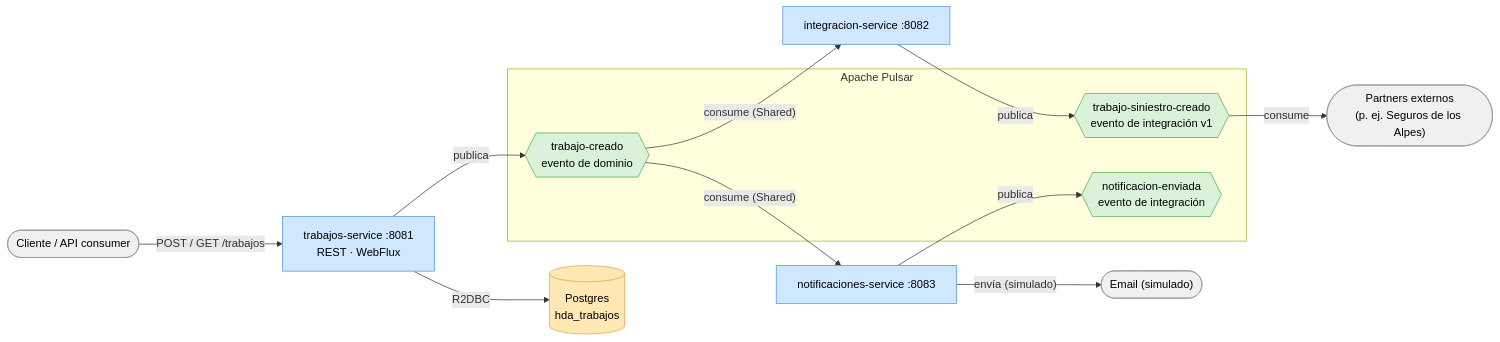
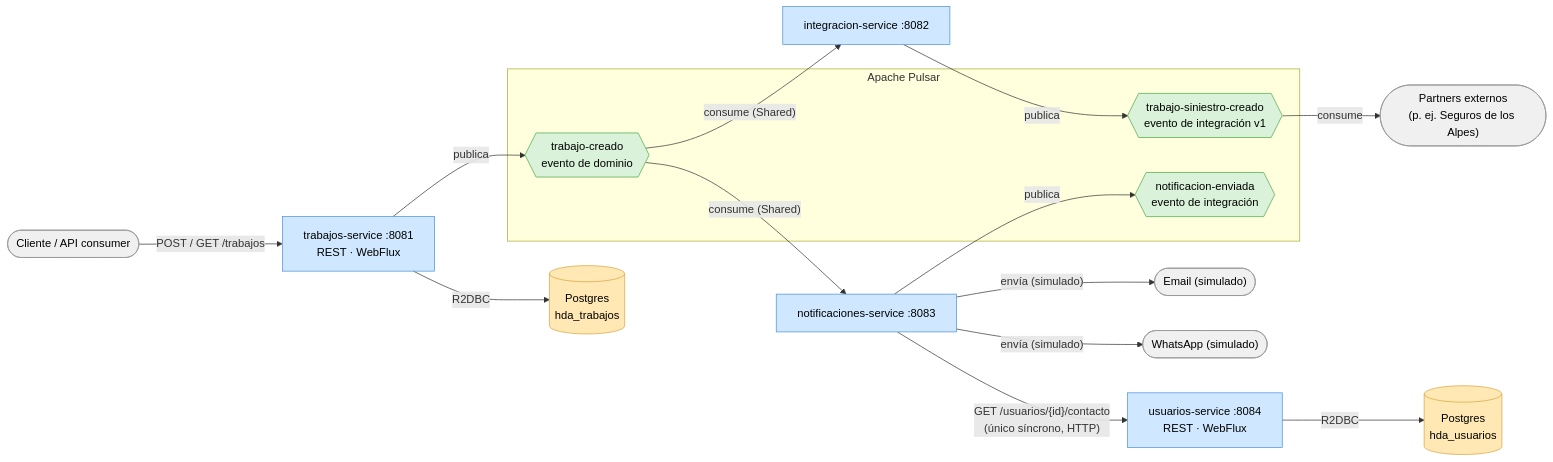
The diagram in README.md (opomare-uniandes/hogar-de-los-alpes), drawn with Mermaid before and after one commit. The commit also changed other lines of this file, not shown here.

Commit message:
Integrar notificaciones con usuarios.

````diff
--- a/README.md
+++ b/README.md
@@ -26,38 +28,44 @@
 ```mermaid
 graph LR
     Cliente(["Cliente / API consumer"])
     Externos(["Partners externos<br/>(p. ej. Seguros de los Alpes)"])
     Email(["Email (simulado)"])
+    WhatsApp(["WhatsApp (simulado)"])
 
     Trabajos["trabajos-service :8081<br/>REST · WebFlux"]
     Integracion["integracion-service :8082"]
     Notificaciones["notificaciones-service :8083"]
+    Usuarios["usuarios-service :8084<br/>REST · WebFlux"]
 
-    DB[("Postgres<br/>hda_trabajos")]
+    DBTrabajos[("Postgres<br/>hda_trabajos")]
+    DBUsuarios[("Postgres<br/>hda_usuarios")]
 
     subgraph Pulsar["Apache Pulsar"]
         TopicCreado{{"trabajo-creado<br/>evento de dominio"}}
         TopicSiniestro{{"trabajo-siniestro-creado<br/>evento de integración v1"}}
         TopicNotificacion{{"notificacion-enviada<br/>evento de integración"}}
     end
 
     Cliente -->|"POST / GET /trabajos"| Trabajos
-    Trabajos -->|R2DBC| DB
+    Trabajos -->|R2DBC| DBTrabajos
     Trabajos -->|publica| TopicCreado
     TopicCreado -->|"consume (Shared)"| Integracion
     TopicCreado -->|"consume (Shared)"| Notificaciones
     Integracion -->|publica| TopicSiniestro
     TopicSiniestro -->|consume| Externos
+    Notificaciones -->|"GET /usuarios/{id}/contacto<br/>(único síncrono, HTTP)"| Usuarios
+    Usuarios -->|R2DBC| DBUsuarios
     Notificaciones -->|"envía (simulado)"| Email
+    Notificaciones -->|"envía (simulado)"| WhatsApp
     Notificaciones -->|publica| TopicNotificacion
 
     classDef servicio fill:#cfe8ff,stroke:#4a90d9,color:#000000;
     classDef infra fill:#ffe8b3,stroke:#d9a441,color:#000000;
     classDef topic fill:#d9f2d9,stroke:#4aa64a,color:#000000;
     classDef externo fill:#f0f0f0,stroke:#999999,color:#000000;
 
-    class Trabajos,Integracion,Notificaciones servicio;
-    class DB infra;
+    class Trabajos,Integracion,Notificaciones,Usuarios servicio;
+    class DBTrabajos,DBUsuarios infra;
     class TopicCreado,TopicSiniestro,TopicNotificacion topic;
-    class Cliente,Externos,Email externo;
+    class Cliente,Externos,Email,WhatsApp externo;
 ```
````
